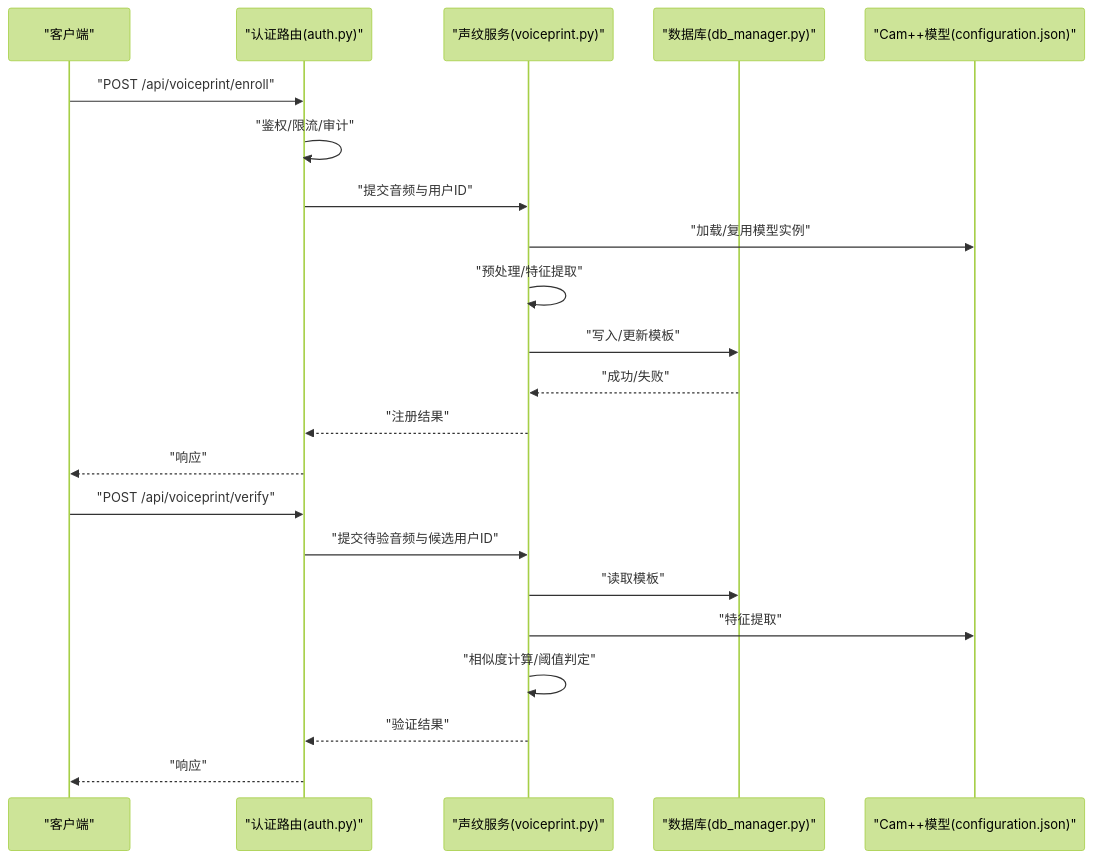
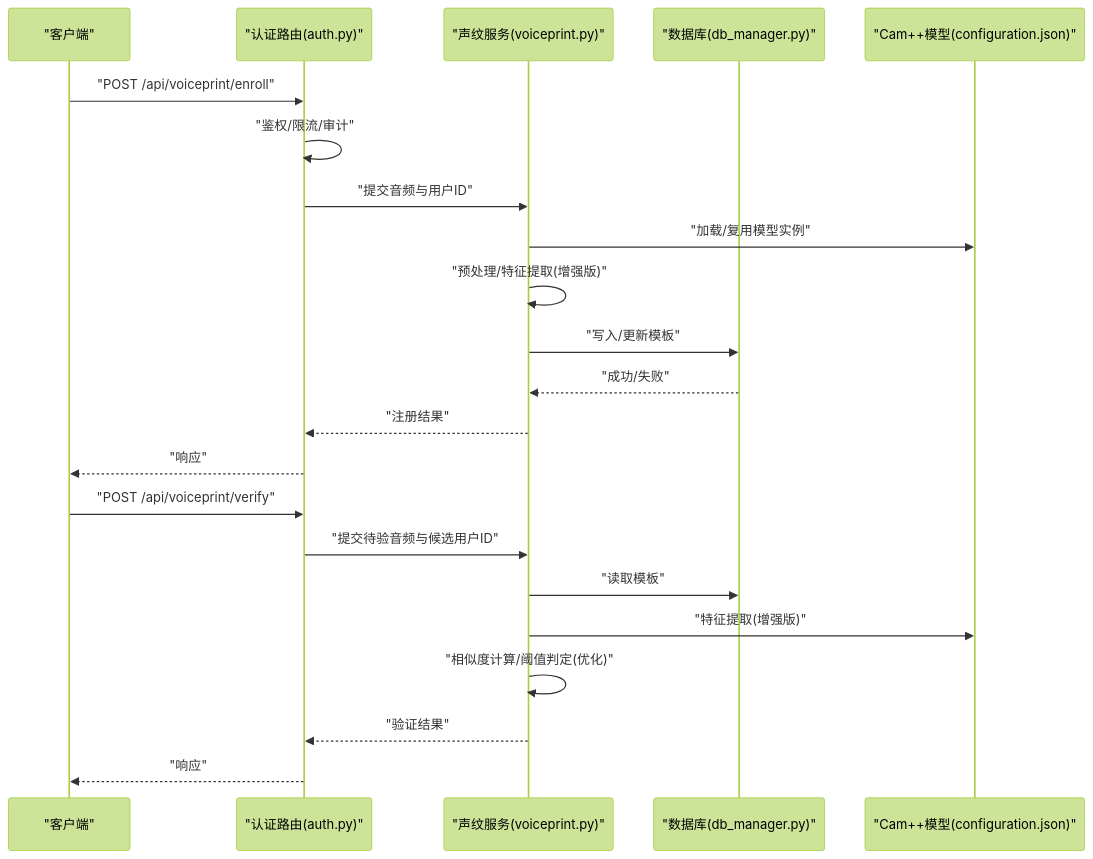
The second of 7 diagrams in .qoder/repowiki/zh/content/语音交互系统/声纹识别与用户验证.md (zmdhdu/NexusCockpit), drawn with Mermaid (forest theme) before and after one commit. The commit also changed other lines of this file and 43 other files, not shown here.

````diff
--- a/.qoder/repowiki/zh/content/语音交互系统/声纹识别与用户验证.md
+++ b/.qoder/repowiki/zh/content/语音交互系统/声纹识别与用户验证.md
@@ -111,24 +123,24 @@
 ```mermaid
 sequenceDiagram
 participant Client as "客户端"
 participant API as "认证路由(auth.py)"
 participant VP as "声纹服务(voiceprint.py)"
 participant DB as "数据库(db_manager.py)"
 participant Model as "Cam++模型(configuration.json)"
 Client->>API : "POST /api/voiceprint/enroll"
 API->>API : "鉴权/限流/审计"
 API->>VP : "提交音频与用户ID"
 VP->>Model : "加载/复用模型实例"
-VP->>VP : "预处理/特征提取"
+VP->>VP : "预处理/特征提取(增强版)"
 VP->>DB : "写入/更新模板"
 DB-->>VP : "成功/失败"
 VP-->>API : "注册结果"
 API-->>Client : "响应"
 Client->>API : "POST /api/voiceprint/verify"
 API->>VP : "提交待验音频与候选用户ID"
 VP->>DB : "读取模板"
-VP->>Model : "特征提取"
-VP->>VP : "相似度计算/阈值判定"
+VP->>Model : "特征提取(增强版)"
+VP->>VP : "相似度计算/阈值判定(优化)"
 VP-->>API : "验证结果"
 API-->>Client : "响应"
 ```
````
